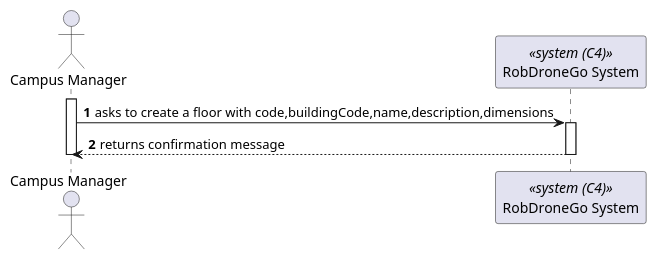
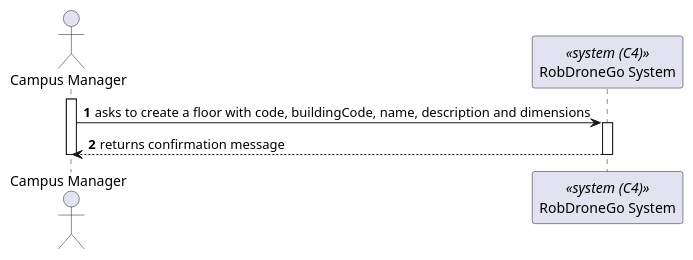
One commit to miseEnPlace-dev/lapr5 changed the diagram in _wiki/sprint-a/us05-190/views/level-1/process-view.puml. Above: the diagram before and after it, drawn with PlantUML. The commit also changed 2 other files, not shown here.

Commit message:
docs(us190): fix route name on all views

```diff
--- a/_wiki/sprint-a/us05-190/views/level-1/process-view.puml
+++ b/_wiki/sprint-a/us05-190/views/level-1/process-view.puml
@@ -1,17 +1,17 @@
 @startuml process-view
 autonumber
 
 actor CM as "Campus Manager"
 participant SYS as "RobDroneGo System" <<system (C4)>>
 
 activate CM
 
-CM -> SYS : asks to create a floor with code,buildingCode,name,description,dimensions
+CM -> SYS : asks to create a floor with code, buildingCode, name, description and dimensions
 activate SYS
 
 CM <-- SYS : returns confirmation message
 deactivate SYS
 
 deactivate CM
 
 @enduml
```
